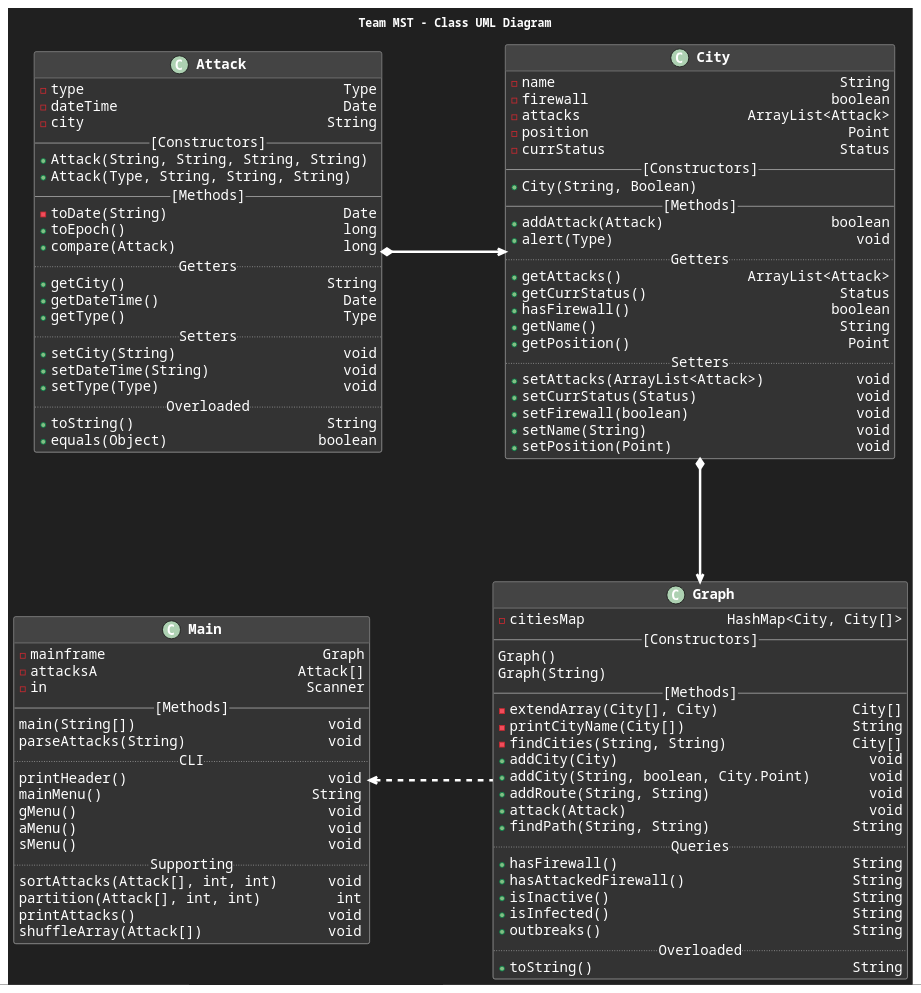
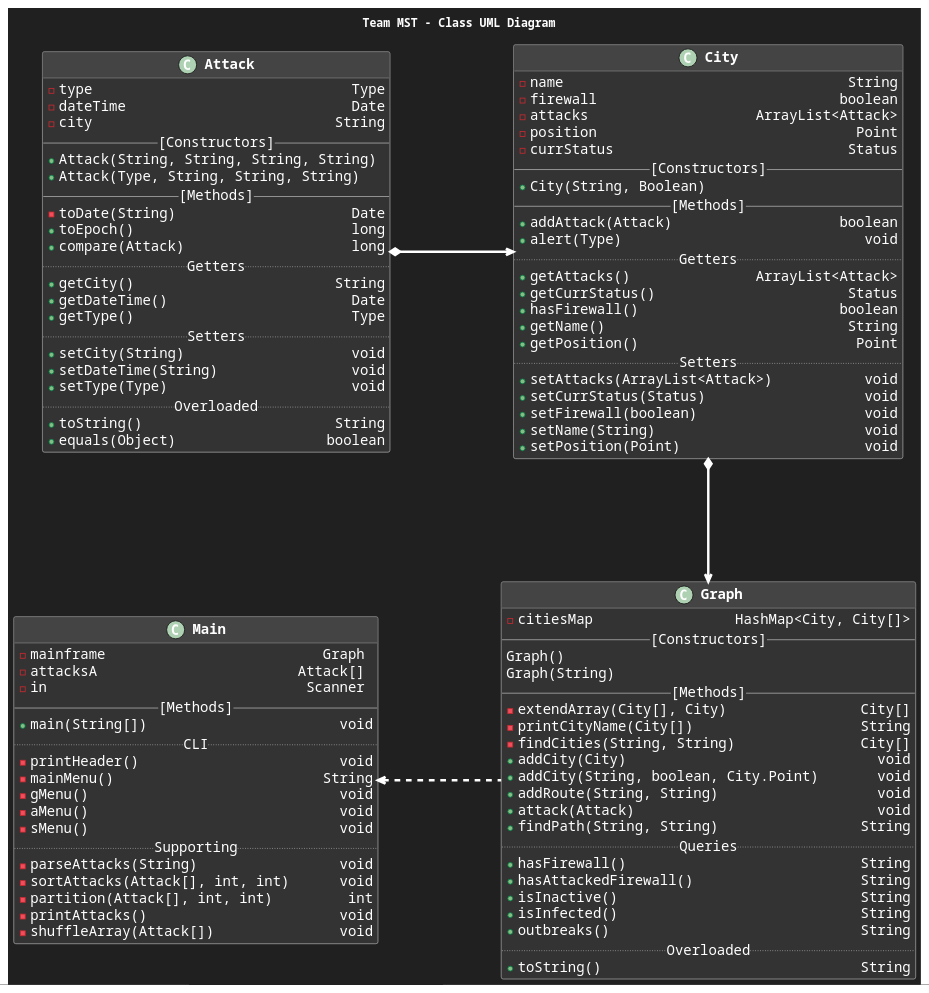
One commit to FusionStreak/MST_TermProject changed the diagram in structure.puml. Above: the diagram before and after it, drawn with PlantUML. The commit also changed 2 other files, not shown here.

Commit message:
UML Cleanup

```diff
--- a/structure.puml
+++ b/structure.puml
@@ -1,123 +1,123 @@
 @startuml GeneralStructure
 
 skinparam{
     backgroundColor #202020
     defaultFontName Courier
     defaultFontColor #FFFFFF
 
     ClassBackgroundColor #333333
     ClassBorderColor #AAAAAA
     ClassHeaderBackgroundColor #444444
     ClassFontSize 19
     ClassFontStyle bold
     ClassAttributeFontSize 17
     
 
     Linetype orthogonal
     Nodesep 150
     Ranksep 150
     ArrowThickness 3
     ArrowColor #FFFFFF
   
 }
 
 title Team MST - Class UML Diagram
 
 
 class Attack {
   -type                               Type
   -dateTime                           Date
   -city                             String
   --[Constructors]--
   +Attack(String, String, String, String)
   +Attack(Type, String, String, String)
   --[Methods]--
   -toDate(String)                     Date
   +toEpoch()                          long
   +compare(Attack)                    long
   ..Getters..
   +getCity()                        String
   +getDateTime()                      Date
   +getType()                          Type
   ..Setters..
   +setCity(String)                    void
   +setDateTime(String)                void
   +setType(Type)                      void
   ..Overloaded..
   +toString()                       String
   +equals(Object)                  boolean
 }
 
 class City {
   -name                                  String
   -firewall                             boolean
   -attacks                    ArrayList<Attack>
   -position                               Point
   -currStatus                            Status
   --[Constructors]--
   +City(String, Boolean)
   --[Methods]--
   +addAttack(Attack)                    boolean
   +alert(Type)                             void
   ..Getters..
   +getAttacks()               ArrayList<Attack>
   +getCurrStatus()                       Status
   +hasFirewall()                        boolean
   +getName()                             String
   +getPosition()                          Point
   ..Setters..
   +setAttacks(ArrayList<Attack>)           void
   +setCurrStatus(Status)                   void
   +setFirewall(boolean)                    void
   +setName(String)                         void
   +setPosition(Point)                      void
 }
 
 class Graph {
   -citiesMap                 HashMap<City, City[]>
   --[Constructors]--
   Graph()
   Graph(String)
   --[Methods]--
   -extendArray(City[], City)                City[]
   -printCityName(City[])                    String
   -findCities(String, String)               City[]
   +addCity(City)                              void
   +addCity(String, boolean, City.Point)       void
   +addRoute(String, String)                   void
   +attack(Attack)                             void
   +findPath(String, String)                 String
   ..Queries..
   +hasFirewall()                            String
   +hasAttackedFirewall()                    String
   +isInactive()                             String
   +isInfected()                             String
   +outbreaks()                              String
   ..Overloaded..
   +toString()                               String
 }
 
 class Main {
   -mainframe                          Graph
   -attacksA                        Attack[]
   -in                               Scanner
   --[Methods]--
-  main(String[])                       void
-  parseAttacks(String)                 void
+  +main(String[])                       void
   ..CLI..
-  printHeader()                        void
-  mainMenu()                         String
-  gMenu()                              void
-  aMenu()                              void
-  sMenu()                              void
+  -printHeader()                        void
+  -mainMenu()                         String
+  -gMenu()                              void
+  -aMenu()                              void
+  -sMenu()                              void
   ..Supporting..
-  sortAttacks(Attack[], int, int)      void
-  partition(Attack[], int, int)         int
-  printAttacks()                       void
-  shuffleArray(Attack[])               void
+  -parseAttacks(String)                 void
+  -sortAttacks(Attack[], int, int)      void
+  -partition(Attack[], int, int)         int
+  -printAttacks()                       void
+  -shuffleArray(Attack[])               void
 }
 
 City <--l--* Attack
 Graph <-u-* City
 Main <..r.. Graph
 @enduml
```
